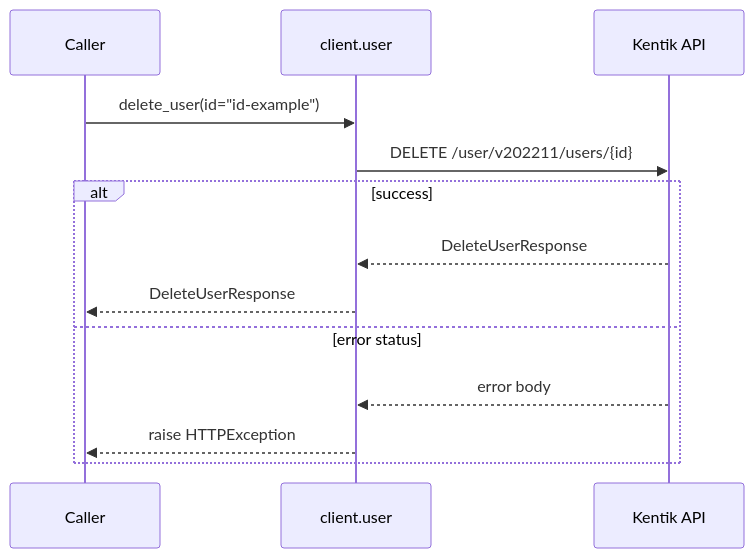
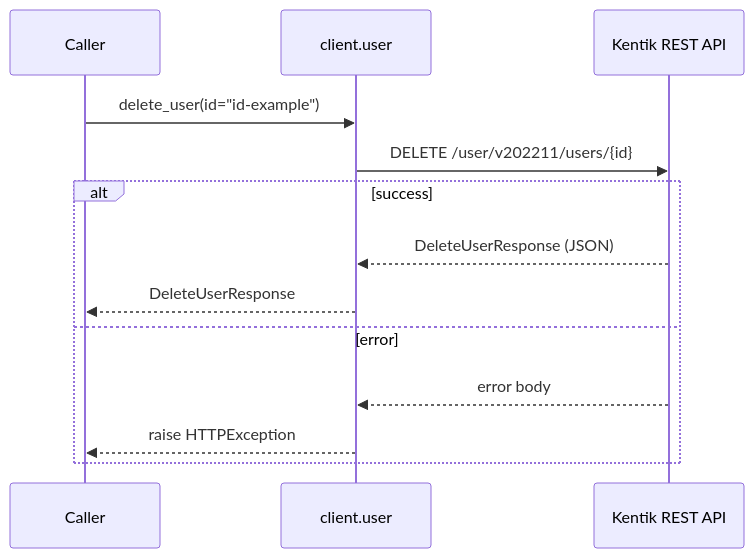
One commit to alexdearaujo/community_sdk_python changed the tenth of 16 diagrams in docs/sphinx/services/user.md. Above: the diagram before and after it, drawn with Mermaid. The commit also changed other lines of this file and 61 other files, not shown here.

````diff
--- a/docs/sphinx/services/user.md
+++ b/docs/sphinx/services/user.md
@@ -227,16 +329,16 @@
 ```mermaid
 sequenceDiagram
     participant C as Caller
     participant W as client.user
-    participant API as Kentik API
+    participant API as Kentik REST API
 
     C->>W: delete_user(id="id-example")
     W->>API: DELETE /user/v202211/users/{id}
     alt success
-        API-->>W: DeleteUserResponse
+        API-->>W: DeleteUserResponse (JSON)
         W-->>C: DeleteUserResponse
-    else error status
+    else error
         API-->>W: error body
         W-->>C: raise HTTPException
     end
 ```
````
